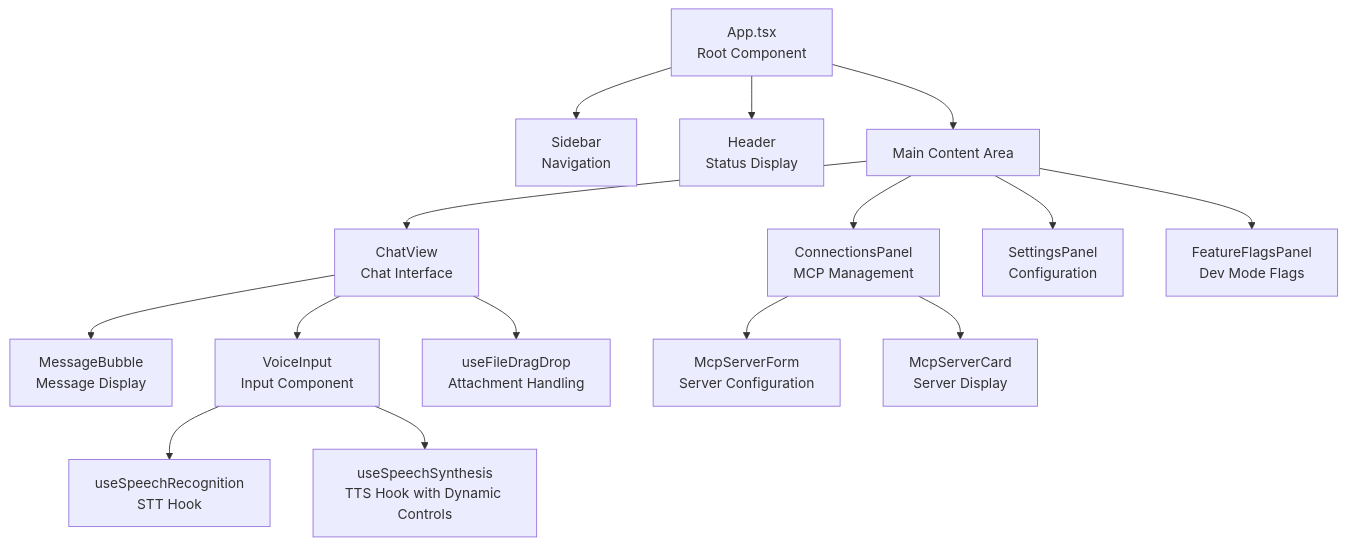
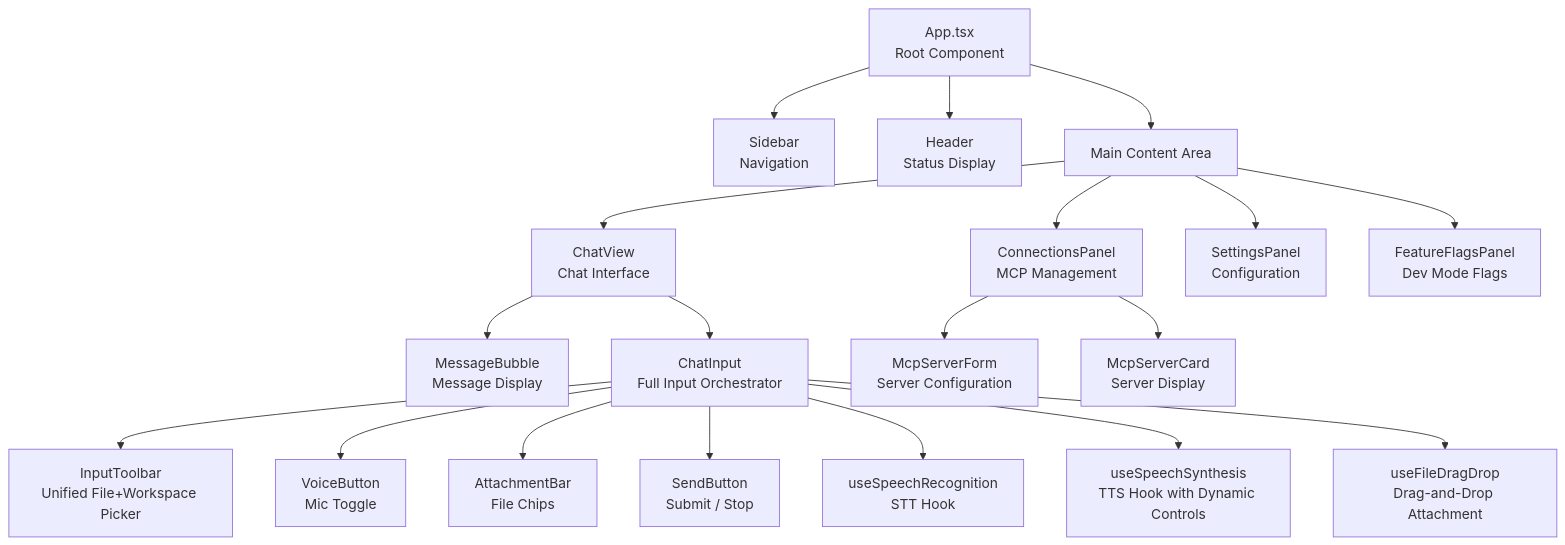
One commit to meharajM/ai-worker.app changed the fifth of 32 diagrams in architecture.md. Above: the diagram before and after it, drawn with Mermaid. The commit also changed other lines of this file and 8 other files, not shown here.

First line of the commit message:
feat: file attachment hardening + InputToolbar unification (v1.3)

````diff
--- a/architecture.md
+++ b/architecture.md
@@ -218,23 +224,27 @@
 ```mermaid
 graph TD
     App[App.tsx<br/>Root Component]
 
     App --> Sidebar[Sidebar<br/>Navigation]
     App --> Header[Header<br/>Status Display]
     App --> Main[Main Content Area]
 
     Main --> ChatView[ChatView<br/>Chat Interface]
     Main --> ConnectionsPanel[ConnectionsPanel<br/>MCP Management]
     Main --> SettingsPanel[SettingsPanel<br/>Configuration]
     Main --> FeatureFlagsPanel[FeatureFlagsPanel<br/>Dev Mode Flags]
-    
+
     ChatView --> MessageBubble[MessageBubble<br/>Message Display]
-    ChatView --> VoiceInput[VoiceInput<br/>Input Component]
+    ChatView --> ChatInput[ChatInput<br/>Full Input Orchestrator]
 
     ConnectionsPanel --> McpServerForm[McpServerForm<br/>Server Configuration]
     ConnectionsPanel --> McpServerCard[McpServerCard<br/>Server Display]
 
-    VoiceInput --> SpeechRecognition[useSpeechRecognition<br/>STT Hook]
-    VoiceInput --> SpeechSynthesis[useSpeechSynthesis<br/>TTS Hook with Dynamic Controls]
-    ChatView --> UseFileDragDrop[useFileDragDrop<br/>Attachment Handling]
+    ChatInput --> InputToolbar[InputToolbar<br/>Unified File+Workspace Picker]
+    ChatInput --> VoiceButton[VoiceButton<br/>Mic Toggle]
+    ChatInput --> AttachmentBar[AttachmentBar<br/>File Chips]
+    ChatInput --> SendButton[SendButton<br/>Submit / Stop]
+    ChatInput --> SpeechRecognition[useSpeechRecognition<br/>STT Hook]
+    ChatInput --> SpeechSynthesis[useSpeechSynthesis<br/>TTS Hook with Dynamic Controls]
+    ChatInput --> UseFileDragDrop[useFileDragDrop<br/>Drag-and-Drop Attachment]
 ```
````
